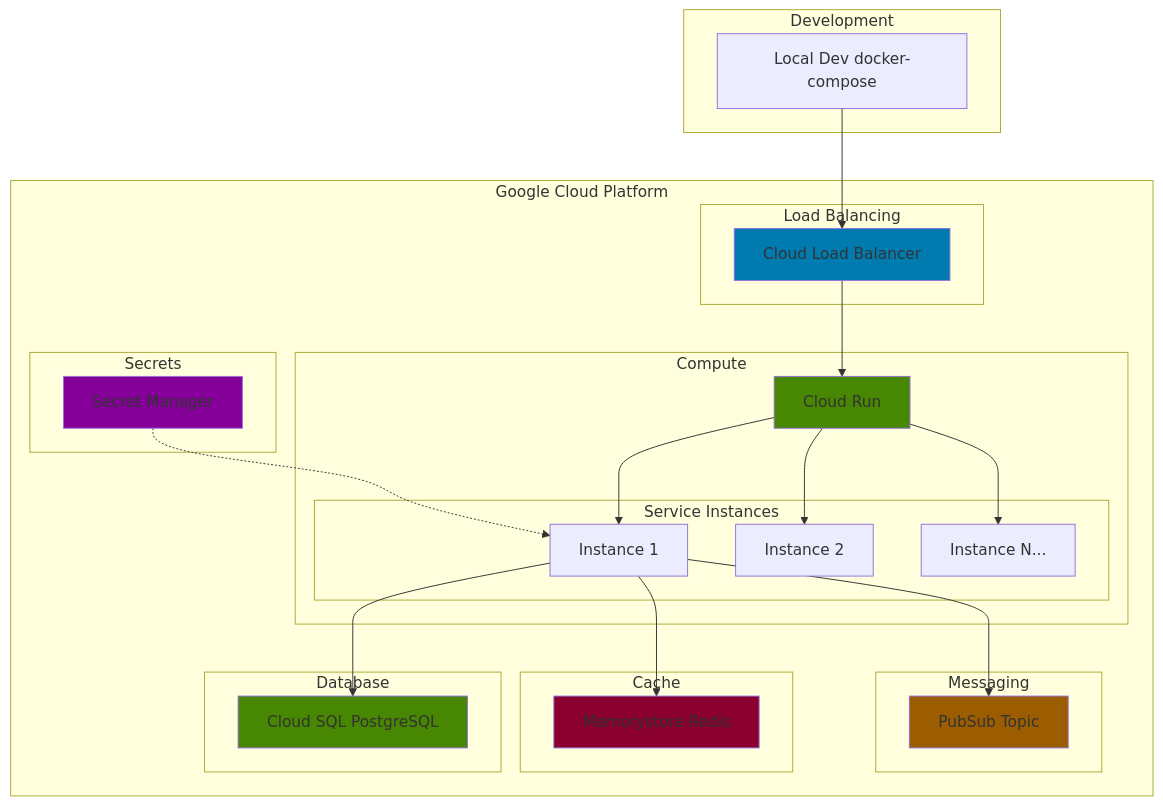
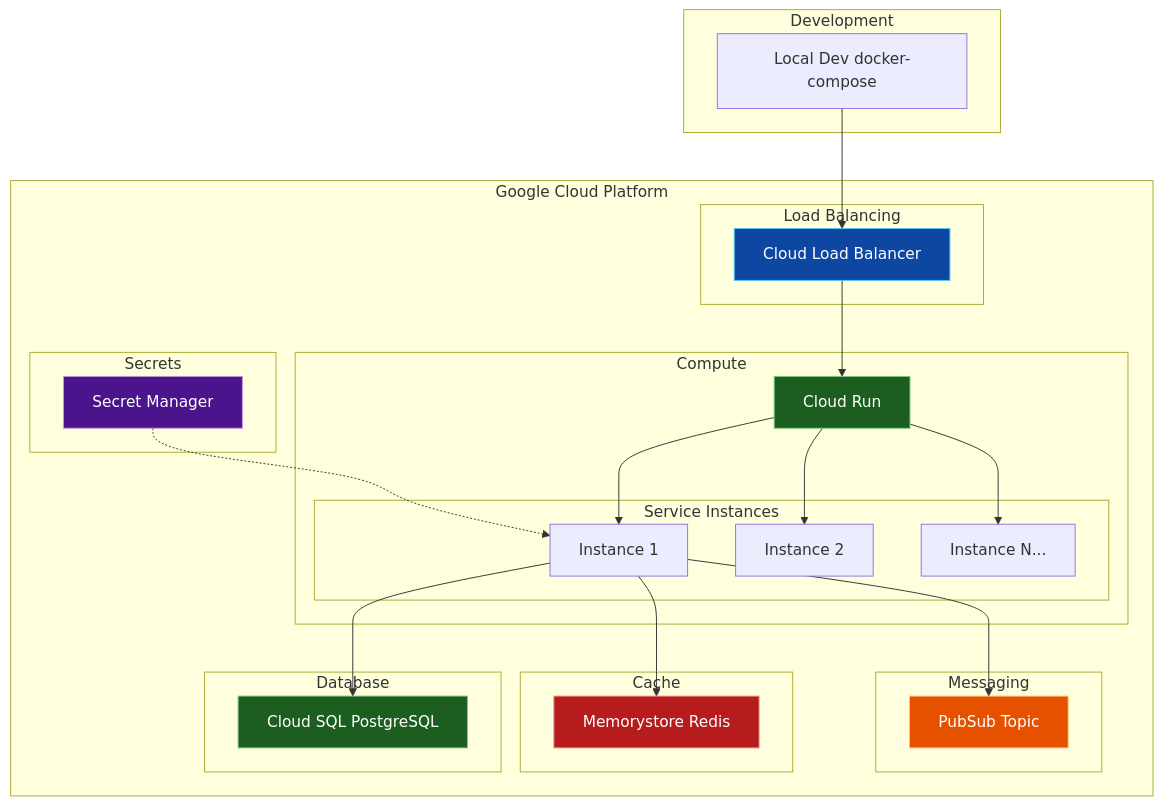
Before and after one commit to anaswaleedtahir/kosmos-ecommerce: the third of 6 diagrams in docs/01-system-architecture.md, drawn with Mermaid. The commit also changed other lines of this file, not shown here.

First line of the commit message:
docs(architecture): rewrite system architecture diagram to mermaid

````diff
--- a/docs/01-system-architecture.md
+++ b/docs/01-system-architecture.md
@@ -217,57 +223,57 @@
 ```mermaid
 graph TB
     subgraph "Google Cloud Platform"
         subgraph "Load Balancing"
             LB[Cloud Load Balancer]
         end
 
         subgraph "Compute"
             CR[Cloud Run]
             subgraph "Service Instances"
                 INST1[Instance 1]
                 INST2[Instance 2]
                 INST3[Instance N...]
             end
         end
 
         subgraph "Database"
             CS[Cloud SQL PostgreSQL]
         end
 
         subgraph "Cache"
             MS[Memorystore Redis]
         end
 
         subgraph "Messaging"
             PS[PubSub Topic]
         end
 
         subgraph "Secrets"
             SM[Secret Manager]
         end
     end
 
     subgraph "Development"
         LOCAL[Local Dev docker-compose]
     end
 
     LB --> CR
     CR --> INST1
     CR --> INST2
     CR --> INST3
 
     INST1 --> CS
     INST1 --> MS
     INST1 --> PS
 
     SM -.-> INST1
 
     LOCAL --> LB
 
-    style LB fill:#007bb0
-    style CR fill:#488701
-    style CS fill:#488701
-    style MS fill:#8a002e
-    style PS fill:#9c5d00
-    style SM fill:#850099
+    style LB fill:#0d47a1,stroke:#4fc3f7,color:#ffffff
+    style CR fill:#1b5e20,stroke:#81c784,color:#ffffff
+    style CS fill:#1b5e20,stroke:#81c784,color:#ffffff
+    style MS fill:#b71c1c,stroke:#ef9a9a,color:#ffffff
+    style PS fill:#e65100,stroke:#ffcc80,color:#ffffff
+    style SM fill:#4a148c,stroke:#ce93d8,color:#ffffff
 ```
````
